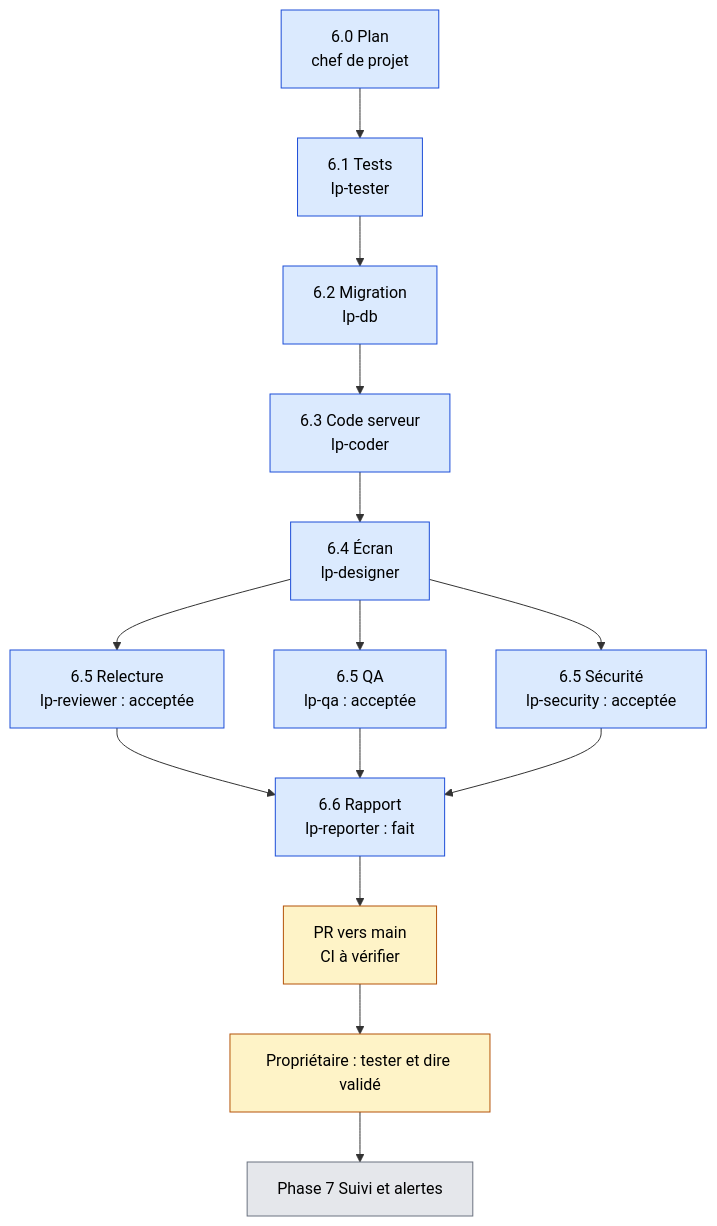
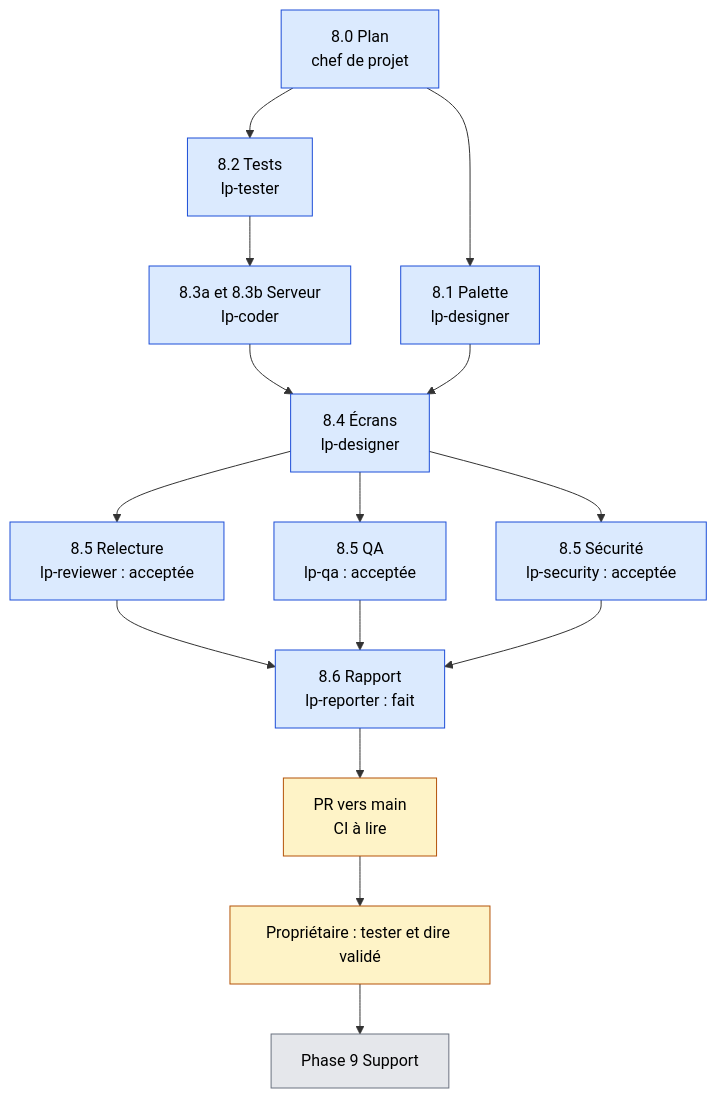
One commit to lyon32/lyonpanel changed the fourth of 5 diagrams in docs/reports/TABLEAU-DE-BORD.md. Above: the diagram before and after it, drawn with Mermaid. The commit also changed other lines of this file and 238 other files, not shown here.

````diff
--- a/docs/reports/TABLEAU-DE-BORD.md
+++ b/docs/reports/TABLEAU-DE-BORD.md
@@ -89,22 +90,23 @@
 ```mermaid
 flowchart TD
-  T0["6.0 Plan<br/>chef de projet"] --> T1["6.1 Tests<br/>lp-tester"]
-  T1 --> T2["6.2 Migration<br/>lp-db"]
-  T2 --> T3["6.3 Code serveur<br/>lp-coder"]
-  T3 --> T4["6.4 Écran<br/>lp-designer"]
-  T4 --> R["6.5 Relecture<br/>lp-reviewer : acceptée"]
-  T4 --> Q["6.5 QA<br/>lp-qa : acceptée"]
-  T4 --> S["6.5 Sécurité<br/>lp-security : acceptée"]
-  R --> RP["6.6 Rapport<br/>lp-reporter : fait"]
+  T0["8.0 Plan<br/>chef de projet"] --> T1["8.2 Tests<br/>lp-tester"]
+  T0 --> T8["8.1 Palette<br/>lp-designer"]
+  T1 --> T3["8.3a et 8.3b Serveur<br/>lp-coder"]
+  T3 --> T4["8.4 Écrans<br/>lp-designer"]
+  T8 --> T4
+  T4 --> R["8.5 Relecture<br/>lp-reviewer : acceptée"]
+  T4 --> Q["8.5 QA<br/>lp-qa : acceptée"]
+  T4 --> S["8.5 Sécurité<br/>lp-security : acceptée"]
+  R --> RP["8.6 Rapport<br/>lp-reporter : fait"]
   Q --> RP
   S --> RP
-  RP --> PR["PR vers main<br/>CI à vérifier"]
+  RP --> PR["PR vers main<br/>CI à lire"]
   PR --> OWN["Propriétaire : tester et dire validé"]
-  OWN --> NEXT["Phase 7 Suivi et alertes"]
+  OWN --> NEXT["Phase 9 Support"]
   classDef fait fill:#DBEAFE,stroke:#1D4ED8,color:#000
   classDef attente fill:#FEF3C7,stroke:#B45309,color:#000
   classDef afaire fill:#E5E7EB,stroke:#6B7280,color:#000
-  class T0,T1,T2,T3,T4,R,Q,S,RP fait
+  class T0,T1,T3,T4,T8,R,Q,S,RP fait
   class PR,OWN attente
   class NEXT afaire
 ```
````
